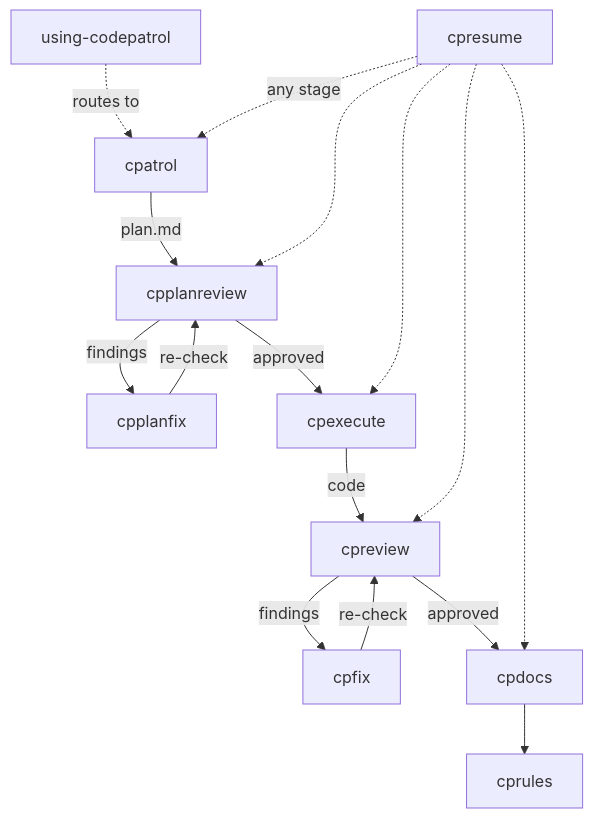
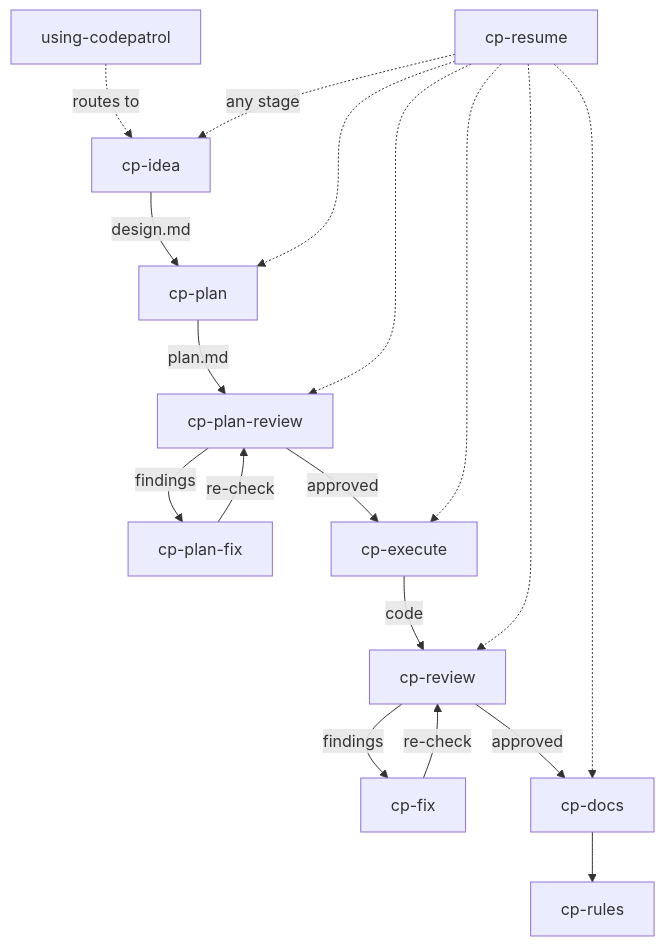
One commit to unger1984/codepatrol changed the diagram in .ai/docs/domains/skills-reference.md. Above: the diagram before and after it, drawn with Mermaid. The commit also changed other lines of this file and 50 other files, not shown here.

````diff
--- a/.ai/docs/domains/skills-reference.md
+++ b/.ai/docs/domains/skills-reference.md
@@ -62,18 +63,20 @@
 ```mermaid
 flowchart TD
-    UC[using-codepatrol] -.->|routes to| CP[cpatrol]
-    CP -->|plan.md| PPR[cpplanreview]
-    PPR -->|findings| PPF[cpplanfix]
+    UC[using-codepatrol] -.->|routes to| CP[cp-idea]
+    CP -->|design.md| PL[cp-plan]
+    PL -->|plan.md| PPR[cp-plan-review]
+    PPR -->|findings| PPF[cp-plan-fix]
     PPF -->|re-check| PPR
-    PPR -->|approved| EX[cpexecute]
-    EX -->|code| CR[cpreview]
-    CR -->|findings| CF[cpfix]
+    PPR -->|approved| EX[cp-execute]
+    EX -->|code| CR[cp-review]
+    CR -->|findings| CF[cp-fix]
     CF -->|re-check| CR
-    CR -->|approved| CD[cpdocs]
-    CD --> CRL[cprules]
-    RES[cpresume] -.->|any stage| CP
+    CR -->|approved| CD[cp-docs]
+    CD --> CRL[cp-rules]
+    RES[cp-resume] -.->|any stage| CP
+    RES -.-> PL
     RES -.-> PPR
     RES -.-> EX
     RES -.-> CR
     RES -.-> CD
 ```
````
